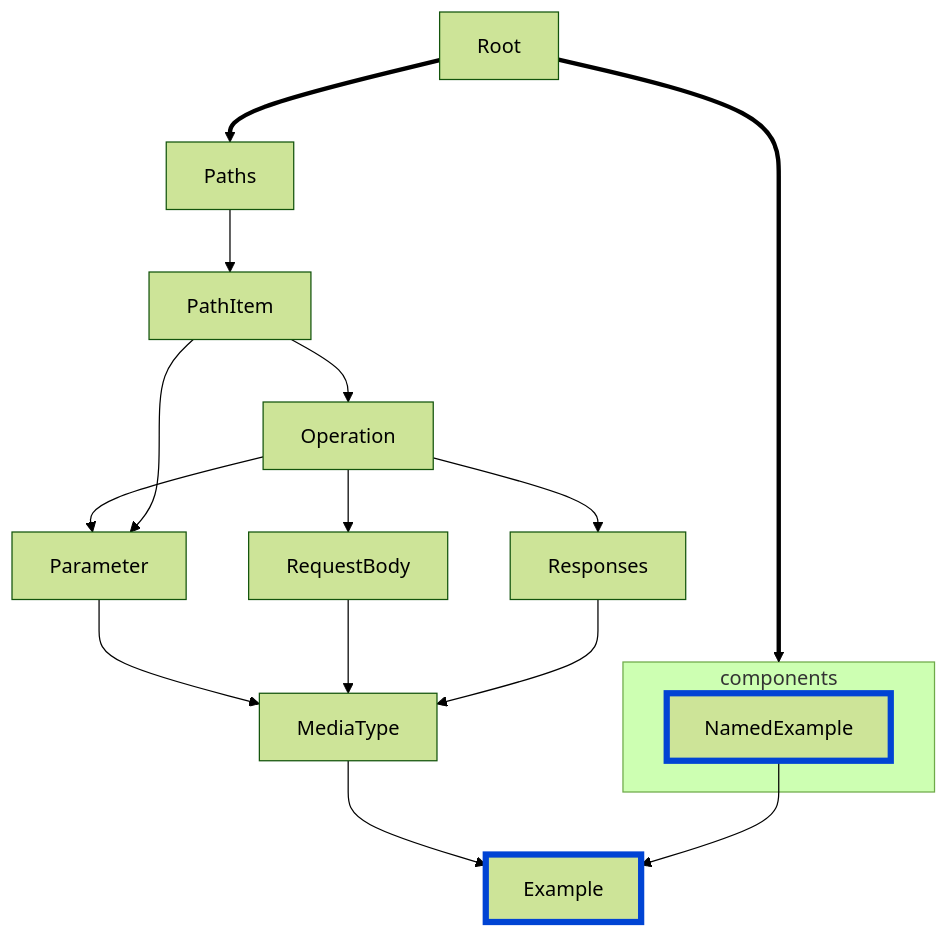
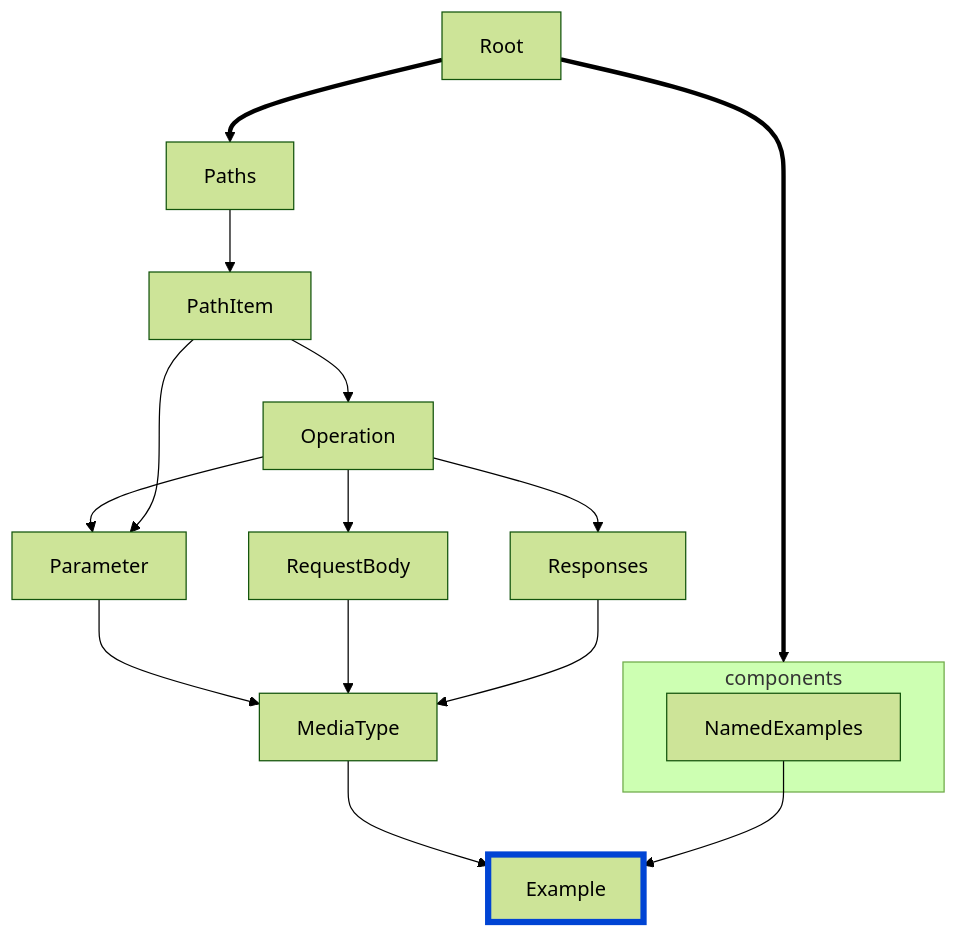
Before and after one commit to Redocly/redocly-cli: the diagram in docs/@v1/rules/oas/no-example-value-and-externalValue.md, drawn with Mermaid (forest theme). The commit also changed 58 other files, not shown here.

````diff
--- a/docs/@v1/rules/oas/no-example-value-and-externalValue.md
+++ b/docs/@v1/rules/oas/no-example-value-and-externalValue.md
@@ -15,18 +15,16 @@
 ```mermaid
 flowchart TD
 
 Root ==> Paths --> PathItem --> Operation --> Parameter --> MediaType
 PathItem --> Parameter
 Operation --> RequestBody --> MediaType --> Example
 Operation --> Responses --> MediaType
-NamedExample --> Example
+NamedExamples --> Example
 Root ==> components
 
 subgraph components
-NamedExample
+NamedExamples
 end
 
 style Example fill:#codaf9,stroke:#0044d4,stroke-width:5px
-style NamedExample fill:#codaf9,stroke:#0044d4,stroke-width:5px
-
 ```
````
